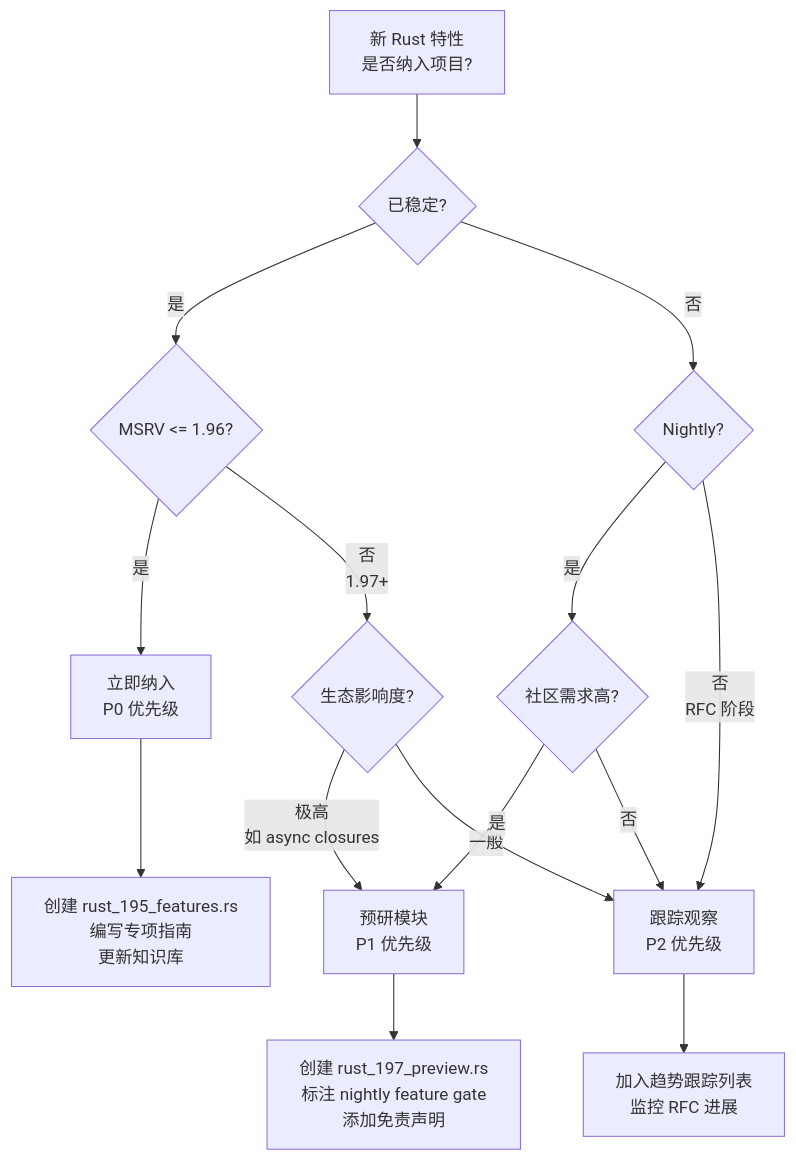
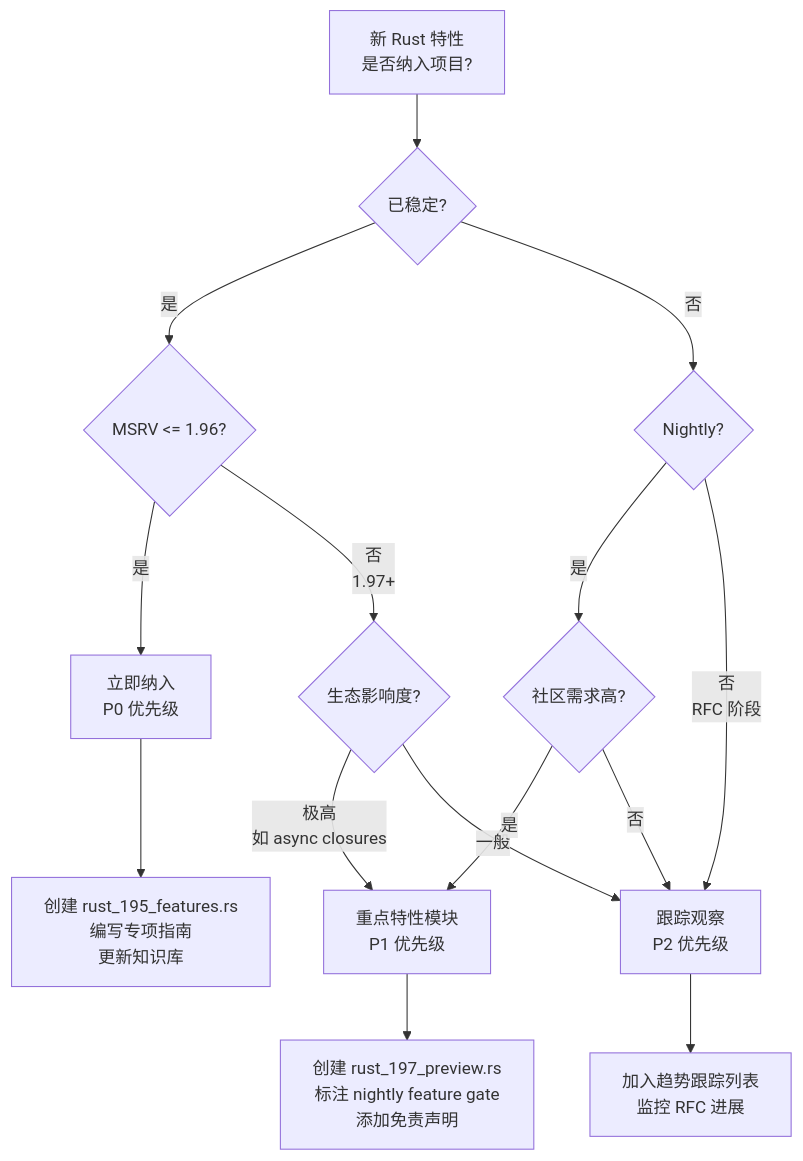
Before and after one commit to martin-ly/rust-lang: the first of 16 diagrams in docs/04_rust_language_feature_comprehensive_inventory_2026.md, drawn with Mermaid. The commit also changed other lines of this file and 41 other files, not shown here.

````diff
--- a/docs/04_rust_language_feature_comprehensive_inventory_2026.md
+++ b/docs/04_rust_language_feature_comprehensive_inventory_2026.md
@@ -277,22 +276,22 @@
 ```mermaid
 graph TD
     F[新 Rust 特性<br/>是否纳入项目?] --> Q1{已稳定?}
     Q1 -->|是| Q2{MSRV <= 1.96?}
     Q1 -->|否| Q3{Nightly?}
 
     Q2 -->|是| Q4[立即纳入<br/>P0 优先级]
     Q2 -->|否<br/>1.97+| Q5{生态影响度?}
 
     Q3 -->|是| Q6{社区需求高?}
     Q3 -->|否<br/>RFC 阶段| Q7[跟踪观察<br/>P2 优先级]
 
-    Q5 -->|极高<br/>如 async closures| Q8[预研模块<br/>P1 优先级]
+    Q5 -->|极高<br/>如 async closures| Q8[重点特性模块<br/>P1 优先级]
     Q5 -->|一般| Q7
 
     Q6 -->|是| Q8
     Q6 -->|否| Q7
 
     Q4 --> A1[创建 rust_195_features.rs<br/>编写专项指南<br/>更新知识库]
     Q8 --> A2[创建 rust_197_preview.rs<br/>标注 nightly feature gate<br/>添加免责声明]
     Q7 --> A3[加入趋势跟踪列表<br/>监控 RFC 进展]
 ```
````
